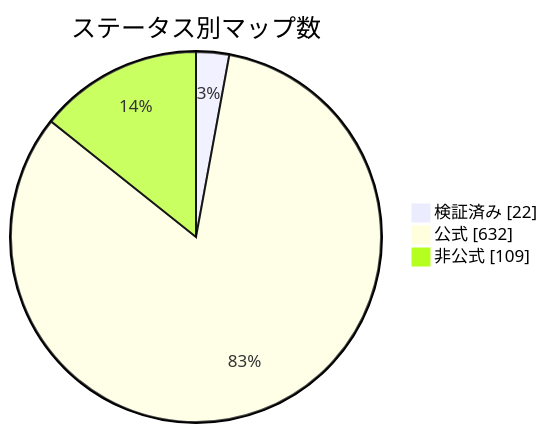
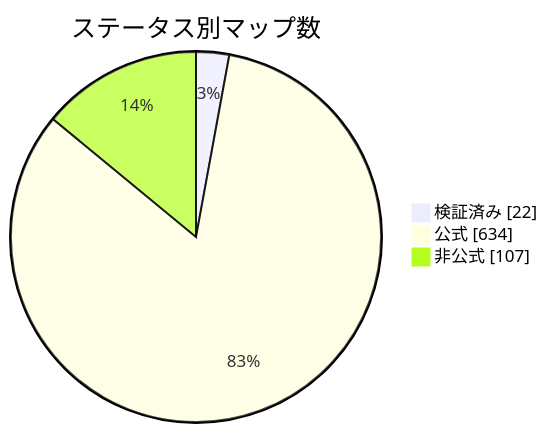
Before and after one commit to nobrega8/mbmap-library: the diagram in docs/readme/README_JP.md, drawn with Mermaid. The commit also changed 7 other files, not shown here.

````diff
--- a/docs/readme/README_JP.md
+++ b/docs/readme/README_JP.md
@@ -54,7 +54,7 @@
 ```mermaid
 pie showData
     title ステータス別マップ数
     "検証済み" : 22
-    "公式" : 632
-    "非公式" : 109
+    "公式" : 634
+    "非公式" : 107
 ```
````
